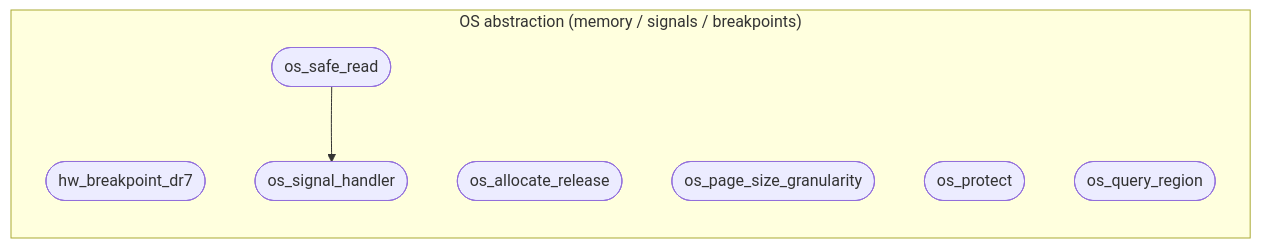
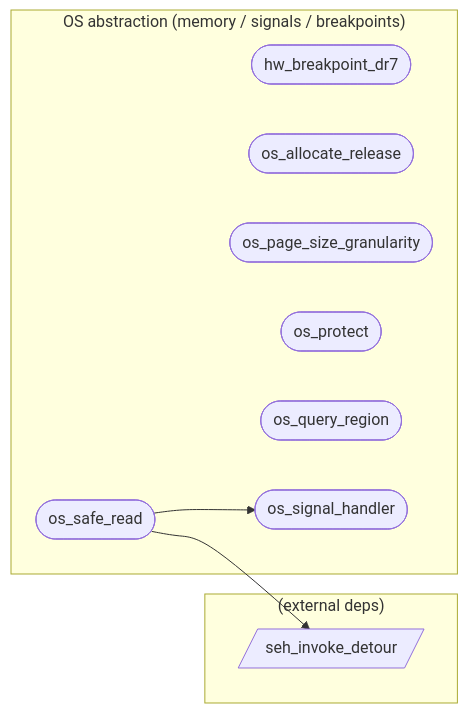
Before and after one commit to xxxnpno/VMHook: the diagram in audit/graph/categories/os.md, drawn with Mermaid. The commit also changed other lines of this file and 19 other files, not shown here.

First line of the commit message:
docs(audit/features): enrich global_ref, jni_local_ref_hygiene, klass_introspection, vmstructs_offset_resolution, os_safe_read

````diff
--- a/audit/graph/categories/os.md
+++ b/audit/graph/categories/os.md
@@ -24,13 +24,17 @@
 ```mermaid
 flowchart LR
   subgraph os["OS abstraction (memory / signals / breakpoints)"]
     hw_breakpoint_dr7([hw_breakpoint_dr7])
     os_allocate_release([os_allocate_release])
     os_page_size_granularity([os_page_size_granularity])
     os_protect([os_protect])
     os_query_region([os_query_region])
     os_safe_read([os_safe_read])
     os_signal_handler([os_signal_handler])
   end
+  subgraph external["(external deps)"]
+    seh_invoke_detour[/seh_invoke_detour/]
+  end
   os_safe_read --> os_signal_handler
+  os_safe_read --> seh_invoke_detour
 ```
````
